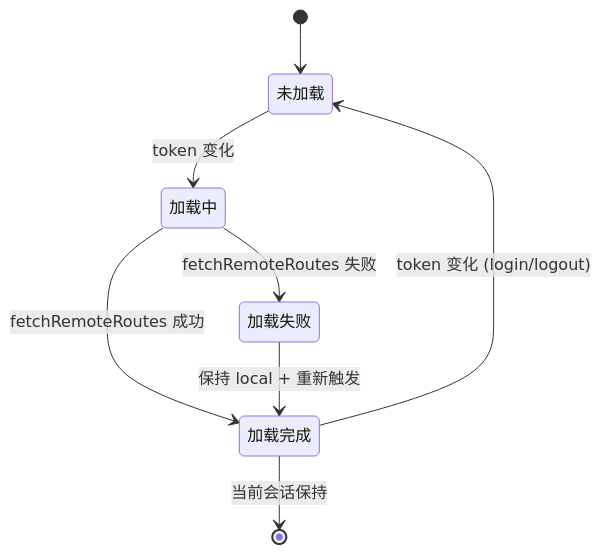
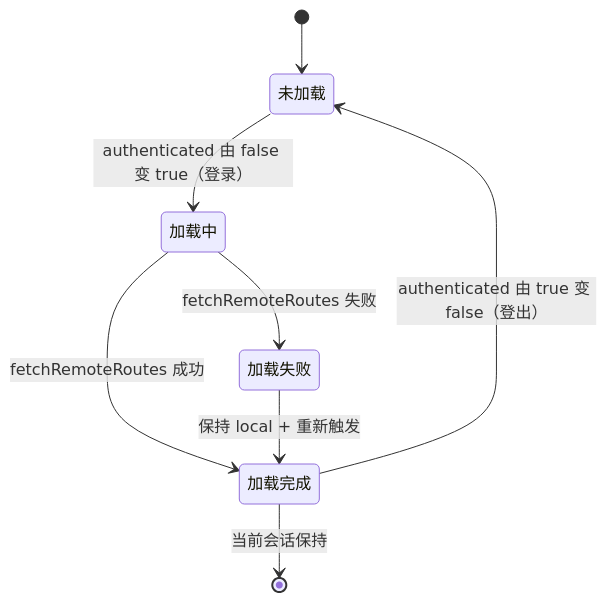
One commit to Mr-Super-X/vue3-vite-project changed the sixth of 7 diagrams in docs/23-权限设计.md. Above: the diagram before and after it, drawn with Mermaid. The commit also changed other lines of this file and 13 other files, not shown here.

````diff
--- a/docs/23-权限设计.md
+++ b/docs/23-权限设计.md
@@ -953,10 +1076,10 @@
 ```mermaid
 stateDiagram-v2
   [*] --> 未加载
-  未加载 --> 加载中: token 变化
+  未加载 --> 加载中: authenticated 由 false 变 true（登录）
   加载中 --> 加载完成: fetchRemoteRoutes 成功
   加载中 --> 加载失败: fetchRemoteRoutes 失败
   加载失败 --> 加载完成: 保持 local + 重新触发
-  加载完成 --> 未加载: token 变化 (login/logout)
+  加载完成 --> 未加载: authenticated 由 true 变 false（登出）
   加载完成 --> [*]: 当前会话保持
 ```
````
